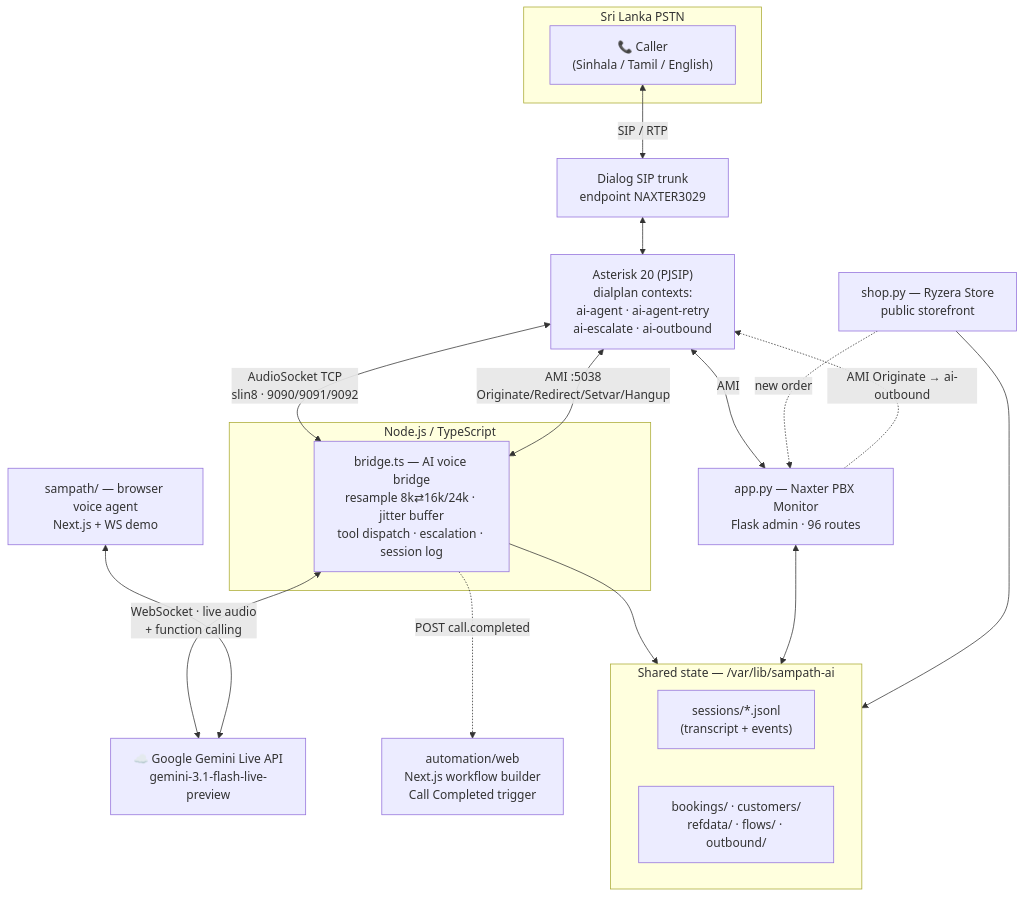
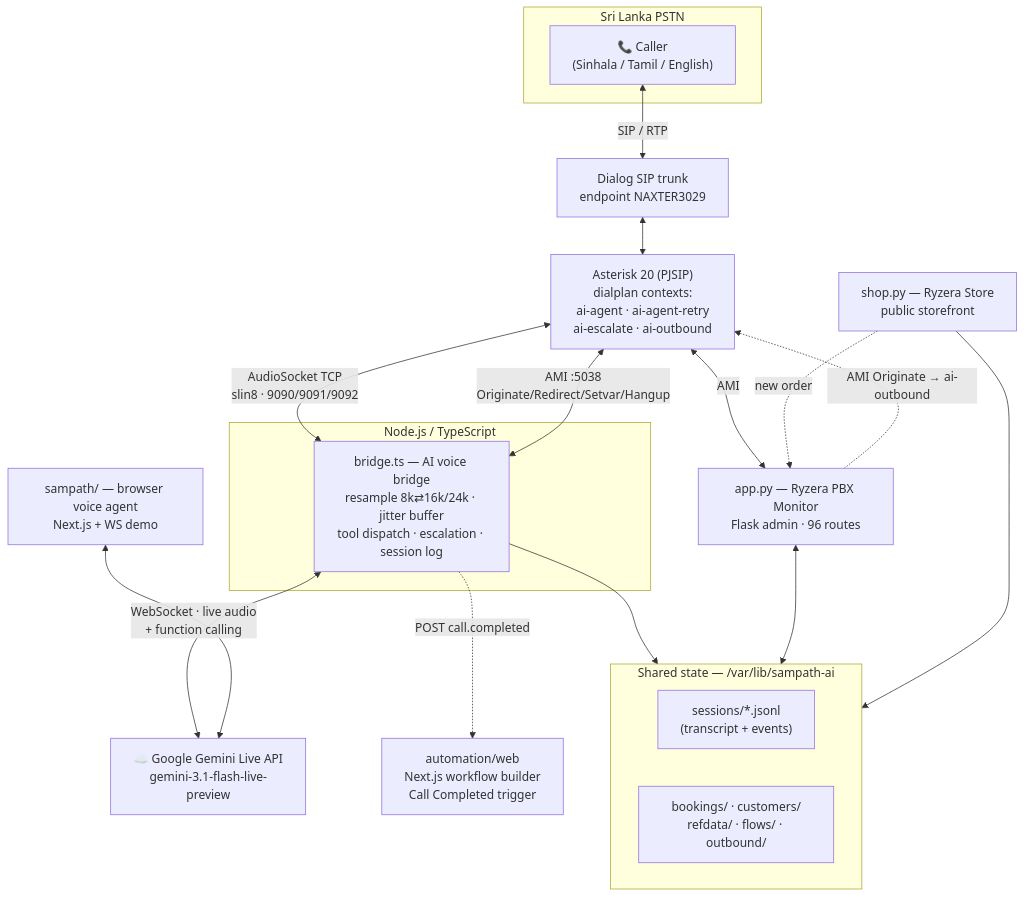
Before and after one commit to kalanas210/Amathum-AI: the first of 2 diagrams in README.md, drawn with Mermaid. The commit also changed other lines of this file and 5 other files, not shown here.

````diff
--- a/README.md
+++ b/README.md
@@ -68,35 +68,35 @@
 ```mermaid
 flowchart TB
     subgraph PSTN["Sri Lanka PSTN"]
         Caller["📞 Caller<br/>(Sinhala / Tamil / English)"]
     end
 
     Caller <-->|SIP / RTP| Trunk["Dialog SIP trunk<br/>endpoint NAXTER3029"]
     Trunk <--> Ast["Asterisk 20 (PJSIP)<br/>dialplan contexts:<br/>ai-agent · ai-agent-retry<br/>ai-escalate · ai-outbound"]
 
     Ast <-->|"AudioSocket TCP<br/>slin8 · 9090/9091/9092"| Bridge
     Ast <-->|"AMI :5038<br/>Originate/Redirect/Setvar/Hangup"| Bridge
     Ast <-->|AMI| Monitor
 
     subgraph Node["Node.js / TypeScript"]
         Bridge["bridge.ts — AI voice bridge<br/>resample 8k⇄16k/24k · jitter buffer<br/>tool dispatch · escalation · session log"]
     end
 
     Bridge <-->|"WebSocket · live audio<br/>+ function calling"| Gemini["☁️ Google Gemini Live API<br/>gemini-3.1-flash-live-preview"]
 
     subgraph Store["Shared state — /var/lib/sampath-ai"]
         S1["sessions/*.jsonl<br/>(transcript + events)"]
         S2["bookings/ · customers/<br/>refdata/ · flows/ · outbound/"]
     end
 
     Bridge --> Store
-    Monitor["app.py — Naxter PBX Monitor<br/>Flask admin · 96 routes"] <--> Store
+    Monitor["app.py — Ryzera PBX Monitor<br/>Flask admin · 96 routes"] <--> Store
 
     Shop["shop.py — Ryzera Store<br/>public storefront"] --> Store
     Shop -.->|"new order"| Monitor
     Monitor -.->|"AMI Originate → ai-outbound"| Ast
 
     Bridge -.->|"POST call.completed"| Auto["automation/web<br/>Next.js workflow builder<br/>Call Completed trigger"]
 
     Browser["sampath/ — browser voice agent<br/>Next.js + WS demo"] <--> Gemini
 ```
````
